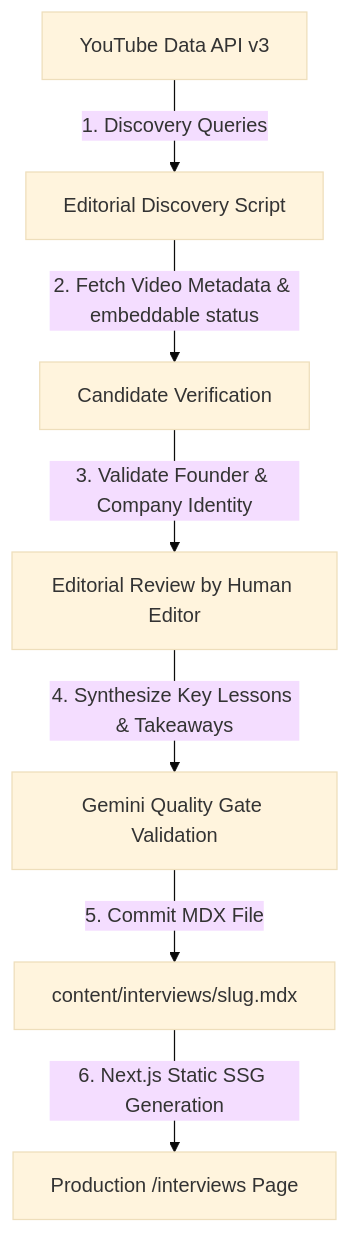
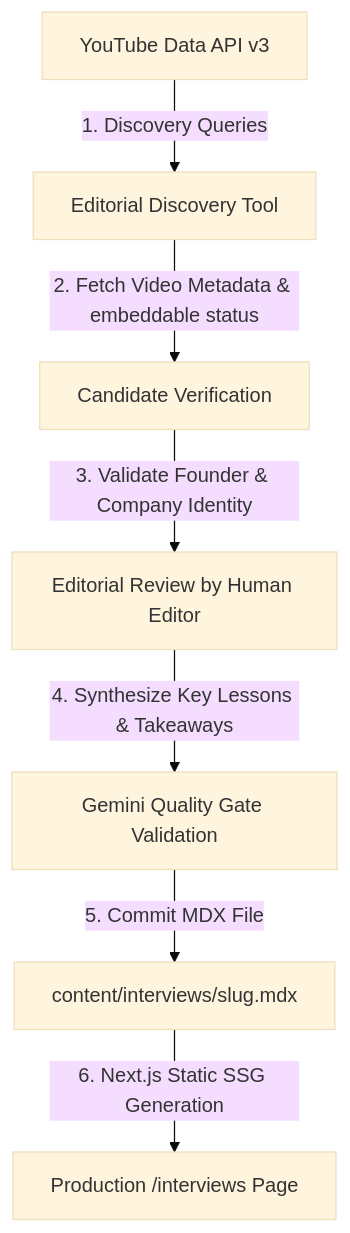
Before and after one commit to MunishGuleria/AIFoundersTalk: the diagram in docs/youtube-founder-talks-architecture.md, drawn with Mermaid (base theme). The commit also changed other lines of this file and 54 other files, not shown here.

````diff
--- a/docs/youtube-founder-talks-architecture.md
+++ b/docs/youtube-founder-talks-architecture.md
@@ -41,9 +38,9 @@
 ```mermaid
 flowchart TD
-    A[YouTube Data API v3] -->|1. Discovery Queries| B[Editorial Discovery Script]
+    A[YouTube Data API v3] -->|1. Discovery Queries| B[Editorial Discovery Tool]
     B -->|2. Fetch Video Metadata & embeddable status| C[Candidate Verification]
     C -->|3. Validate Founder & Company Identity| D[Editorial Review by Human Editor]
     D -->|4. Synthesize Key Lessons & Takeaways| E[Gemini Quality Gate Validation]
     E -->|5. Commit MDX File| F[content/interviews/slug.mdx]
     F -->|6. Next.js Static SSG Generation| G[Production /interviews Page]
 ```
````
